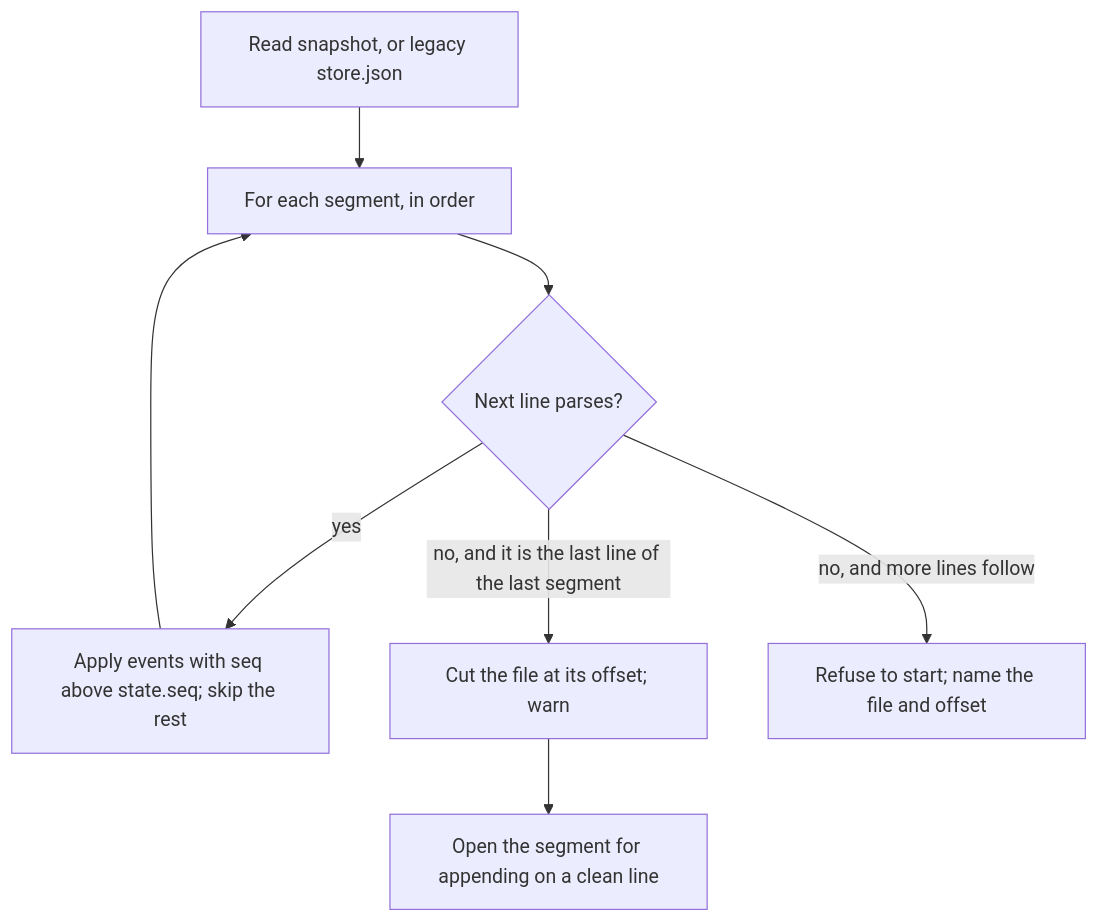
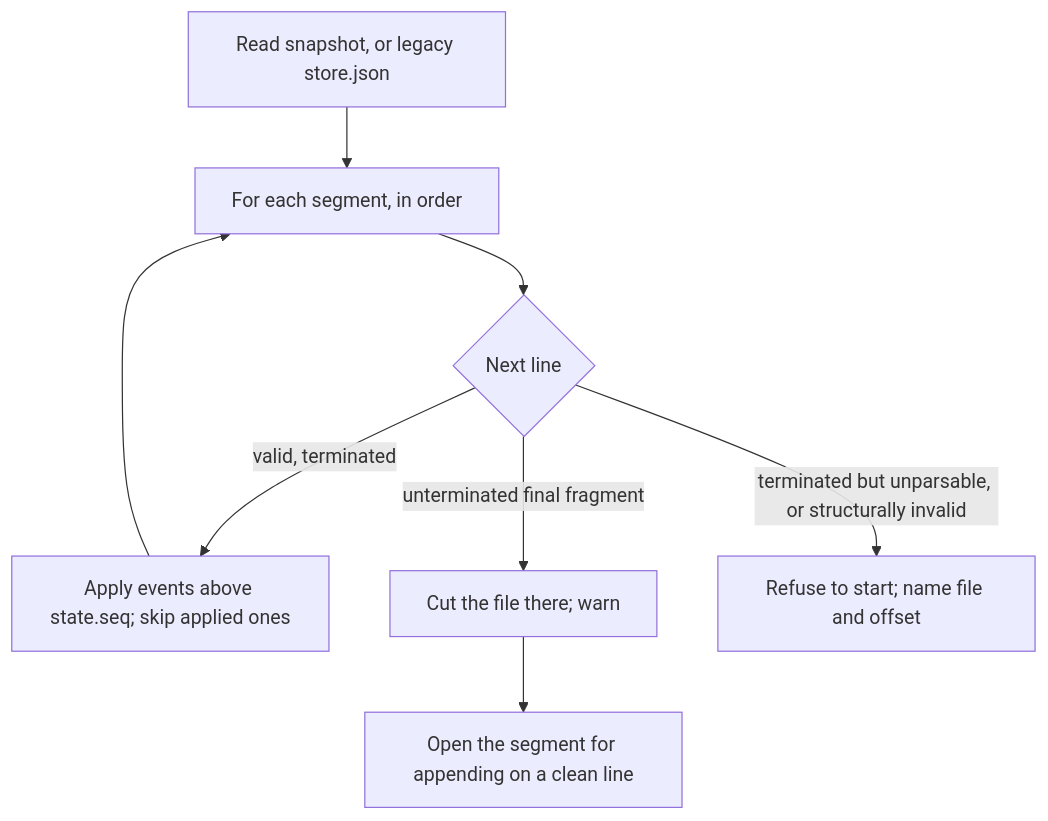
The second of 3 diagrams in designs/508/storage-design.md (HJeon139/postbox), drawn with Mermaid before and after one commit. The commit also changed other lines of this file, not shown here.

````diff
--- a/designs/508/storage-design.md
+++ b/designs/508/storage-design.md
@@ -171,10 +185,10 @@
 ```mermaid
 flowchart TD
   A["Read snapshot, or legacy store.json"] --> B["For each segment, in order"]
-  B --> C{"Next line parses?"}
-  C -->|yes| D["Apply events with seq above state.seq; skip the rest"]
-  C -->|no, and it is the last line of the last segment| E["Cut the file at its offset; warn"]
-  C -->|no, and more lines follow| F["Refuse to start; name the file and offset"]
+  B --> C{"Next line"}
+  C -->|"valid, terminated"| D["Apply events above state.seq; skip applied ones"]
+  C -->|"unterminated final fragment"| E["Cut the file there; warn"]
+  C -->|"terminated but unparsable, or structurally invalid"| F["Refuse to start; name file and offset"]
   D --> B
   E --> G["Open the segment for appending on a clean line"]
 ```
````
